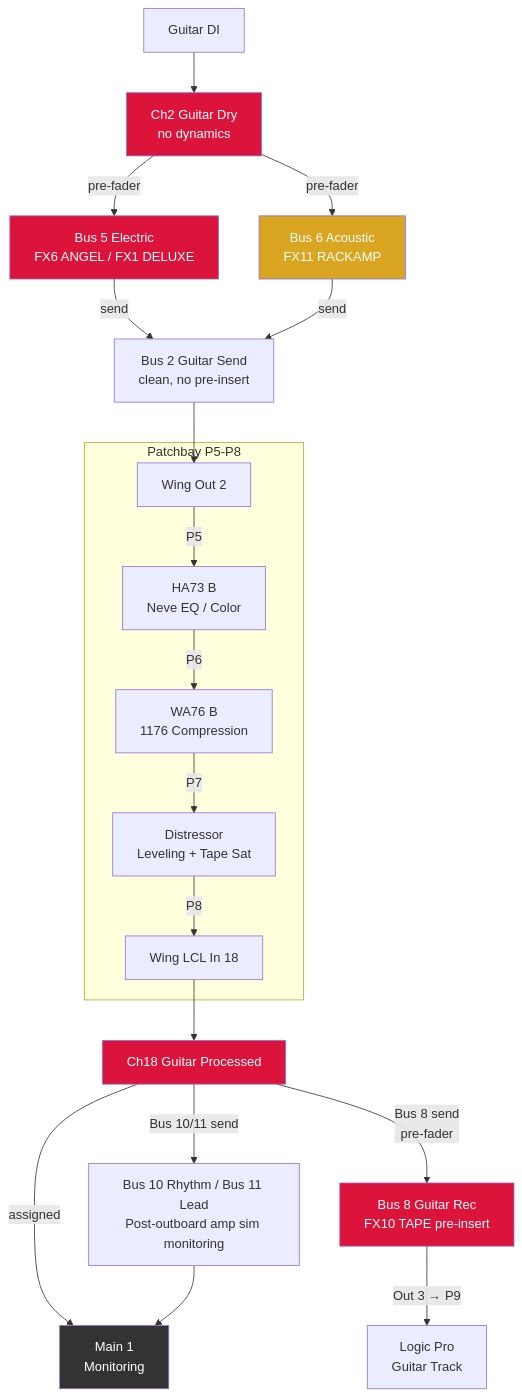
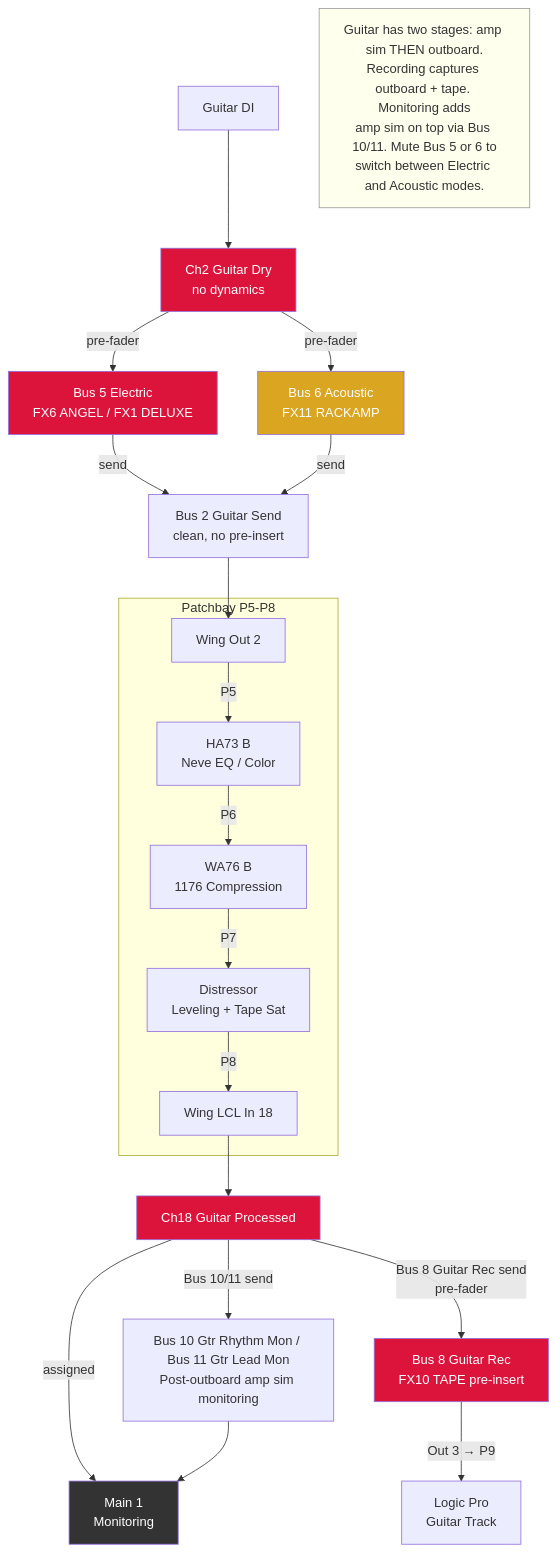
One commit to ldenman/studio-setup changed the third of 19 diagrams in docs/diagrams.md. Above: the diagram before and after it, drawn with Mermaid. The commit also changed other lines of this file, not shown here.

First line of the commit message:
Add names to all bus/channel references, summary notes on every diagram

````diff
--- a/docs/diagrams.md
+++ b/docs/diagrams.md
@@ -103,35 +110,38 @@
 ```mermaid
 graph TD
     DI[Guitar DI] --> CH2[Ch2 Guitar Dry<br/>no dynamics]
 
     CH2 -->|pre-fader| BUS5[Bus 5 Electric<br/>FX6 ANGEL / FX1 DELUXE]
     CH2 -->|pre-fader| BUS6[Bus 6 Acoustic<br/>FX11 RACKAMP]
 
     BUS5 -->|send| BUS2[Bus 2 Guitar Send<br/>clean, no pre-insert]
     BUS6 -->|send| BUS2
 
     BUS2 --> OUT2[Wing Out 2]
 
     subgraph Patchbay P5-P8
         OUT2 -->|P5| HA73B[HA73 B<br/>Neve EQ / Color]
         HA73B -->|P6| WA76B[WA76 B<br/>1176 Compression]
         WA76B -->|P7| DIST[Distressor<br/>Leveling + Tape Sat]
         DIST -->|P8| LCL18[Wing LCL In 18]
     end
 
     LCL18 --> CH18[Ch18 Guitar Processed]
 
     CH18 -->|assigned| MAIN[Main 1<br/>Monitoring]
-    CH18 -->|Bus 10/11 send| MON[Bus 10 Rhythm / Bus 11 Lead<br/>Post-outboard amp sim monitoring]
-    CH18 -->|Bus 8 send<br/>pre-fader| BUS8[Bus 8 Guitar Rec<br/>FX10 TAPE pre-insert]
+    CH18 -->|Bus 10/11 send| MON[Bus 10 Gtr Rhythm Mon / Bus 11 Gtr Lead Mon<br/>Post-outboard amp sim monitoring]
+    CH18 -->|Bus 8 Guitar Rec send<br/>pre-fader| BUS8[Bus 8 Guitar Rec<br/>FX10 TAPE pre-insert]
 
     MON --> MAIN
     BUS8 -->|Out 3 → P9| LOGIC[Logic Pro<br/>Guitar Track]
+
+    NOTE[Guitar has two stages: amp sim THEN outboard.<br/>Recording captures outboard + tape. Monitoring adds<br/>amp sim on top via Bus 10/11. Mute Bus 5 or 6 to<br/>switch between Electric and Acoustic modes.]
 
     style CH2 fill:#DC143C,color:#fff
     style CH18 fill:#DC143C,color:#fff
     style BUS8 fill:#DC143C,color:#fff
     style BUS5 fill:#DC143C,color:#fff
     style BUS6 fill:#DAA520,color:#fff
     style MAIN fill:#333,color:#fff
+    style NOTE fill:#ffe,stroke:#999
 ```
````
